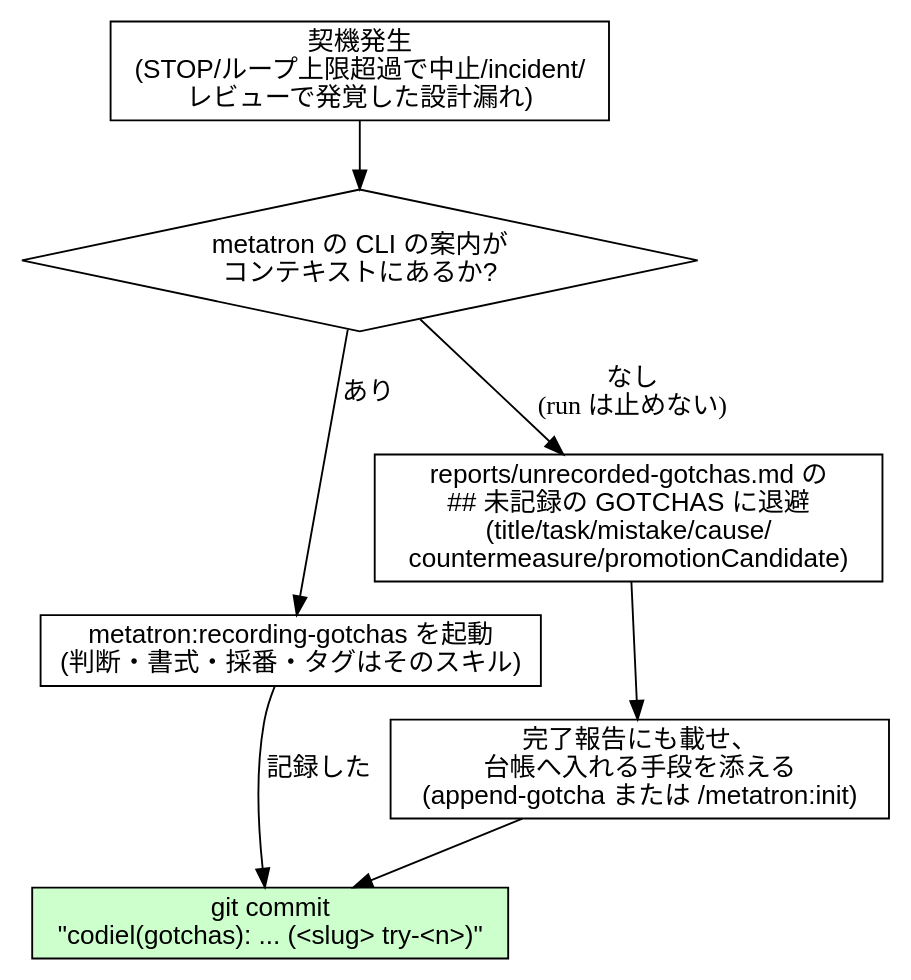
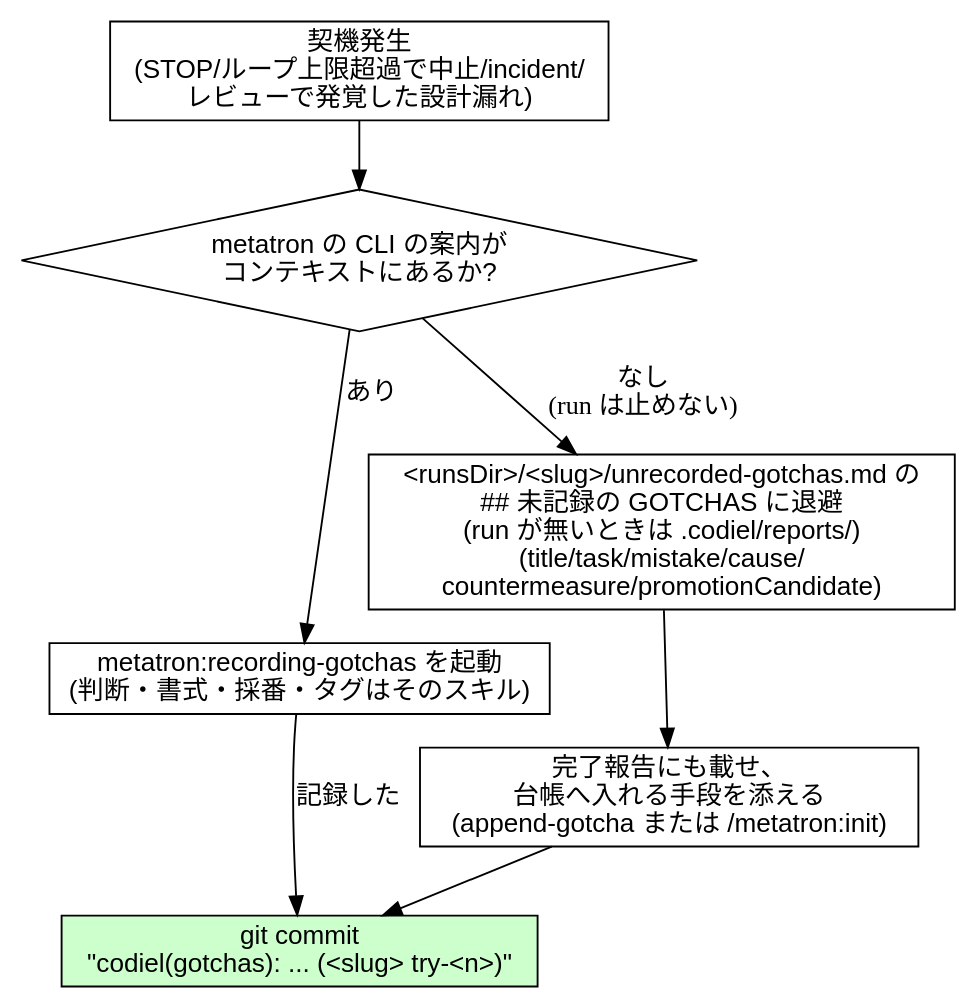
One commit to Amatsuka-kobo/amatsuka-claude-plugins changed diagram 15 of 15 in plugins/codiel/docs/skill-flowcharts.md. Above: the diagram before and after it, drawn with Graphviz. The commit also changed other lines of this file and 21 other files, not shown here.

````diff
--- a/plugins/codiel/docs/skill-flowcharts.md
+++ b/plugins/codiel/docs/skill-flowcharts.md
@@ -651,20 +651,20 @@
 ```dot
 digraph recording_failures {
   rankdir=TB;
   node [fontname="sans-serif"];
 
   trigger [label="契機発生\n(STOP/ループ上限超過で中止/incident/\nレビューで発覚した設計漏れ)", shape=box];
   guide [label="metatron の CLI の案内が\nコンテキストにあるか?", shape=diamond];
   metatron [label="metatron:recording-gotchas を起動\n(判断・書式・採番・タグはそのスキル)", shape=box];
-  shelve [label="reports/unrecorded-gotchas.md の\n## 未記録の GOTCHAS に退避\n(title/task/mistake/cause/\ncountermeasure/promotionCandidate)", shape=box];
+  shelve [label="<runsDir>/<slug>/unrecorded-gotchas.md の\n## 未記録の GOTCHAS に退避\n(run が無いときは .codiel/reports/)\n(title/task/mistake/cause/\ncountermeasure/promotionCandidate)", shape=box];
   report [label="完了報告にも載せ、\n台帳へ入れる手段を添える\n(append-gotcha または /metatron:init)", shape=box];
   commit [label="git commit\n\"codiel(gotchas): ... (<slug> try-<n>)\"", shape=box, style=filled, fillcolor="#ccffcc"];
 
   trigger -> guide;
   guide -> metatron [label="あり"];
   guide -> shelve [label="なし\n(run は止めない)"];
   shelve -> report;
   metatron -> commit [label="記録した"];
   report -> commit;
 }
 ```
````
